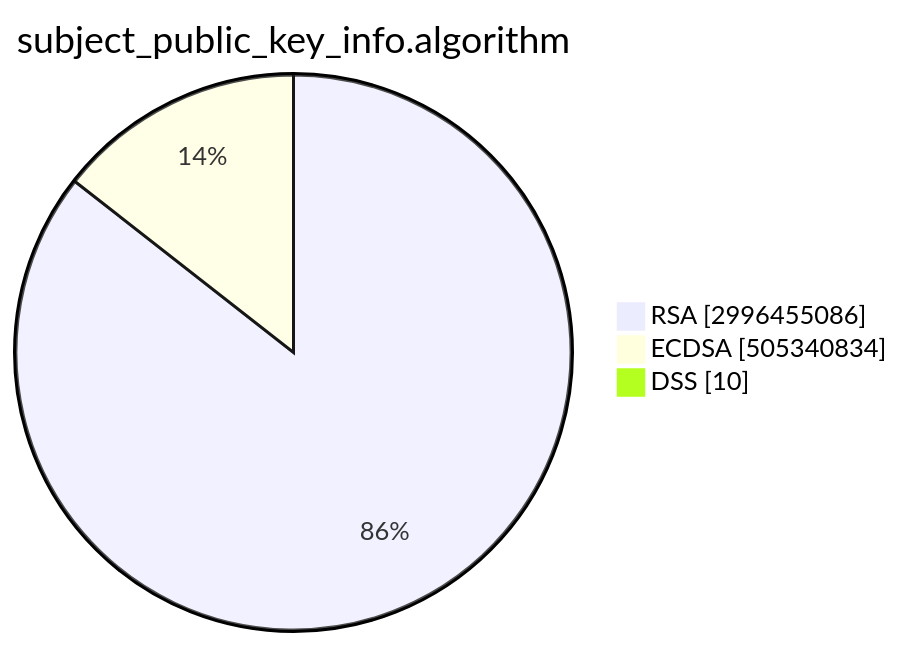
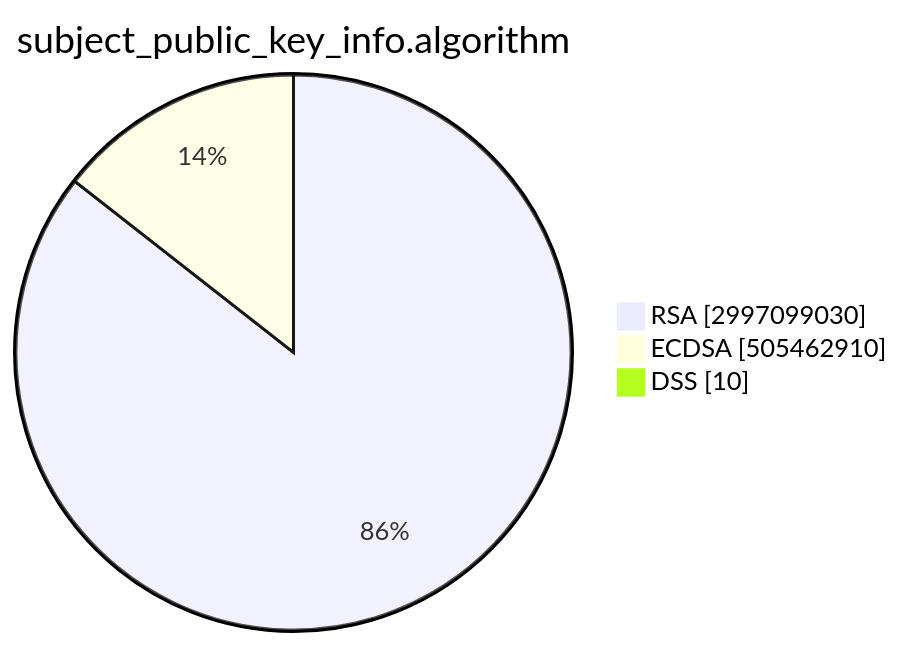
Before and after one commit to christiankrug/ctmonitor_visualization: the second of 15 diagrams in TOTAL/README.md, drawn with Mermaid. The commit also changed other lines of this file, not shown here.

````diff
--- a/TOTAL/README.md
+++ b/TOTAL/README.md
@@ -6,7 +6,7 @@
 ```mermaid
 pie showData
 title subject_public_key_info.algorithm
-"RSA" :2996455086
-"ECDSA" :505340834
+"RSA" :2997099030
+"ECDSA" :505462910
 "DSS" :10
 ```
````
